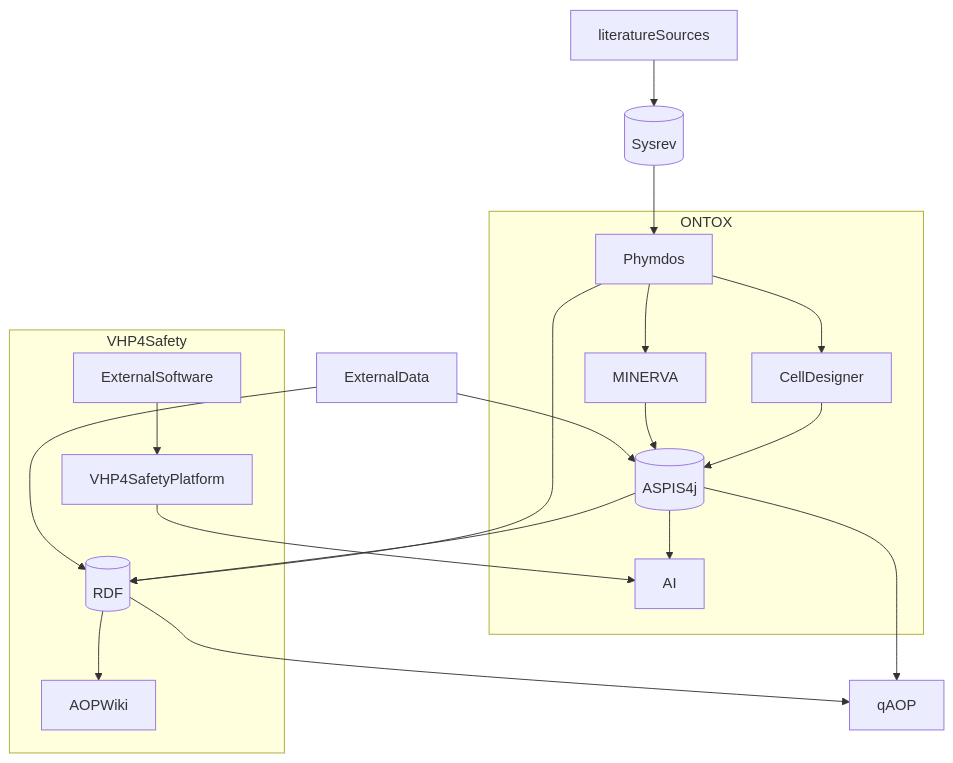
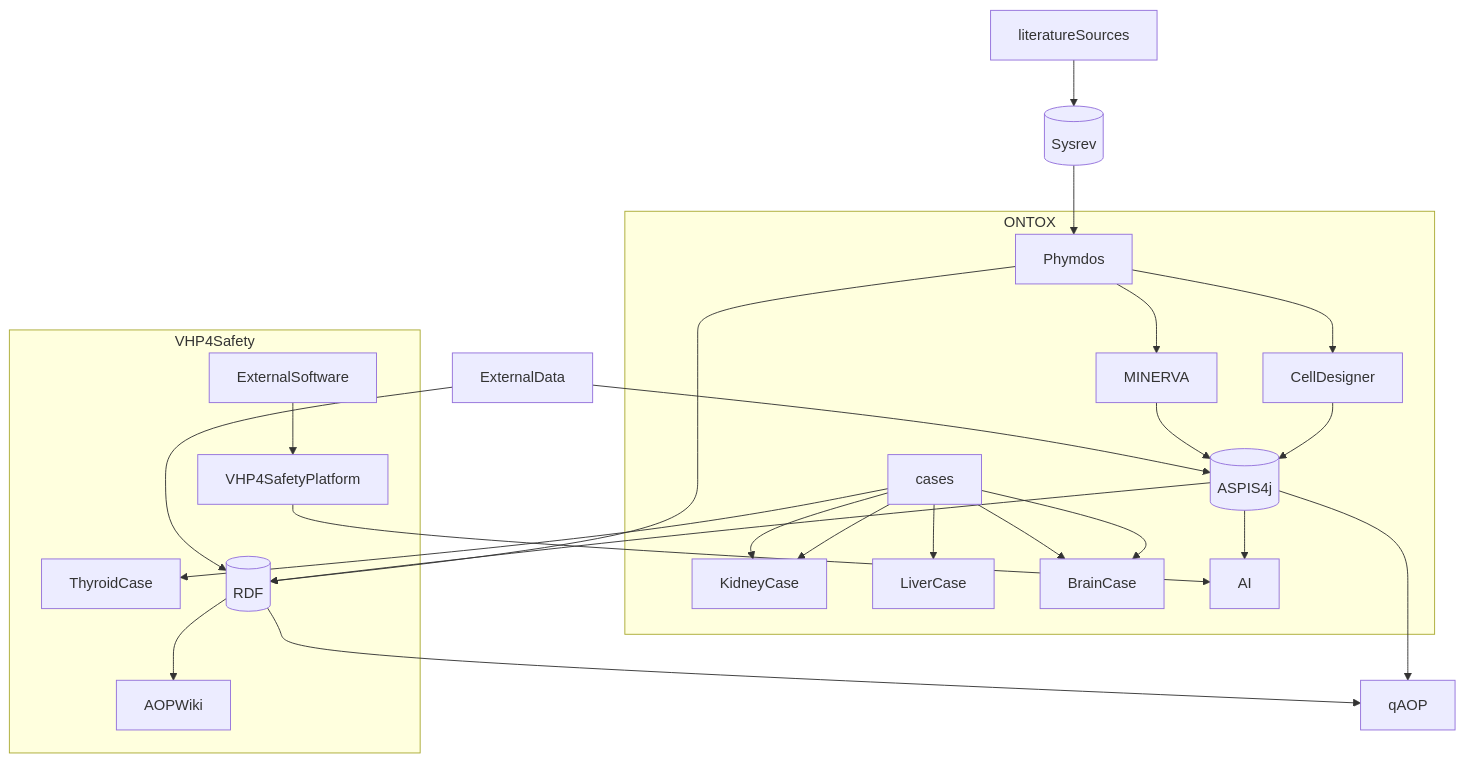
One commit to ontox-hu/workflows changed the diagram in ONTOX-vs-VHP4Safety.md. Above: the diagram before and after it, drawn with Mermaid.

````diff
--- a/ONTOX-vs-VHP4Safety.md
+++ b/ONTOX-vs-VHP4Safety.md
@@ -1,32 +1,40 @@
 ```mermaid
 flowchart TB
+
+    
     literatureSources-->Sysrev[(Sysrev)]
     Sysrev[(Sysrev)]-->Phymdos
     
     subgraph ONTOX
+    cases-->KidneyCase
+    cases-->LiverCase
+    cases-->BrainCase
     Phymdos-->MINERVA
     Phymdos-->CellDesigner
     
     CellDesigner-->ASPIS4j[(ASPIS4j)]
     MINERVA-->ASPIS4j[(ASPIS4j)]
     ASPIS4j[(ASPIS4j)]-->AI
     
     end
     
     subgraph VHP4Safety
+    cases-->KidneyCase
+    cases-->ThyroidCase
+    cases-->BrainCase
     Phymdos-->RDF[(RDF)]
     RDF[(RDF)]-->AOPWiki
     
     ExternalSoftware-->VHP4SafetyPlatform
     VHP4SafetyPlatform-->AI
     end
     
     ExternalData-->ASPIS4j[(ASPIS4j)]
     RDF[(RDF)]-->qAOP
     ASPIS4j[(ASPIS4j)]-->qAOP
     ASPIS4j[(ASPIS4j)]-->RDF[(RDF)]
     ExternalData-->RDF[(RDF)]
     
     
     
 ```
````
